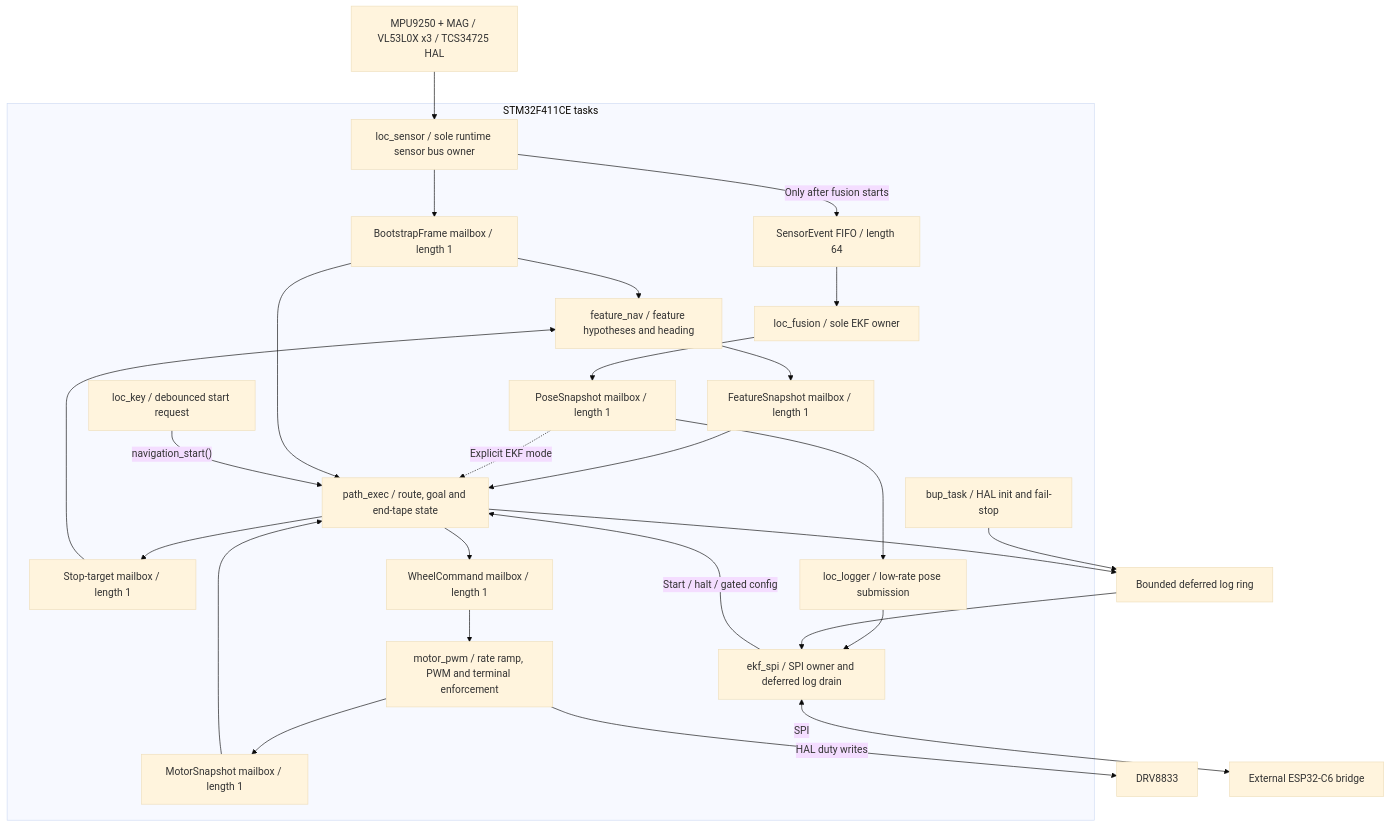
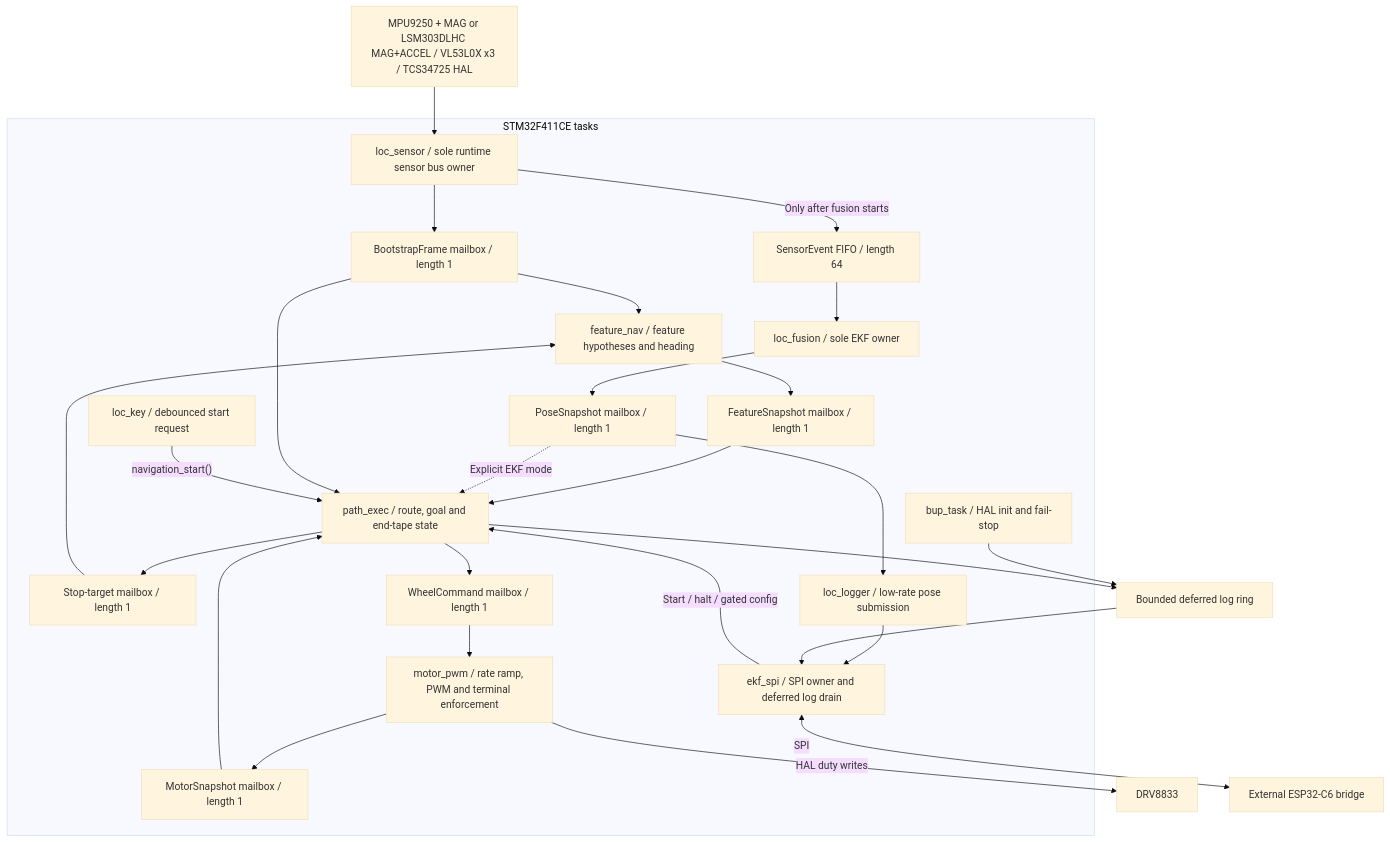
Before and after one commit to sisit135/CPRobot: the second of 3 diagrams in docs/fw_ths_architecture.md, drawn with Mermaid (base theme). The commit also changed other lines of this file and 29 other files, not shown here.

Commit message:
hal: lsm303dlhc: add exclusive MAG+ACCEL backend and lifecycle checks

````diff
--- a/docs/fw_ths_architecture.md
+++ b/docs/fw_ths_architecture.md
@@ -217,35 +312,35 @@
 ```mermaid
 flowchart TB
   subgraph stm["STM32F411CE tasks"]
     sensor["loc_sensor / sole runtime sensor bus owner"]
     frame["BootstrapFrame mailbox / length 1"]
     events["SensorEvent FIFO / length 64"]
     feature["feature_nav / feature hypotheses and heading"]
     fs["FeatureSnapshot mailbox / length 1"]
     fusion["loc_fusion / sole EKF owner"]
     pose["PoseSnapshot mailbox / length 1"]
     path["path_exec / route, goal and end-tape state"]
     target["Stop-target mailbox / length 1"]
     cmd["WheelCommand mailbox / length 1"]
     pwm["motor_pwm / rate ramp, PWM and terminal enforcement"]
     ms["MotorSnapshot mailbox / length 1"]
     logger["loc_logger / low-rate pose submission"]
     spi["ekf_spi / SPI owner and deferred log drain"]
     key["loc_key / debounced start request"]
     bup["bup_task / HAL init and fail-stop"]
   end
-  hw["MPU9250 + MAG / VL53L0X x3 / TCS34725 HAL"] --> sensor
+  hw["MPU9250 + MAG or LSM303DLHC MAG+ACCEL / VL53L0X x3 / TCS34725 HAL"] --> sensor
   sensor --> frame --> feature --> fs --> path
   sensor -->|"Only after fusion starts"| events --> fusion --> pose
   pose -.->|"Explicit EKF mode"| path
   pose --> logger --> spi
   frame --> path
   path --> target --> feature
   path --> cmd --> pwm --> ms --> path
   pwm -->|"HAL duty writes"| driver["DRV8833"]
   key -->|"navigation_start()"| path
   spi -->|"Start / halt / gated config"| path
   bup --> logs["Bounded deferred log ring"] --> spi
   path --> logs
   spi <-->|"SPI"| c6["External ESP32-C6 bridge"]
 ```
````
